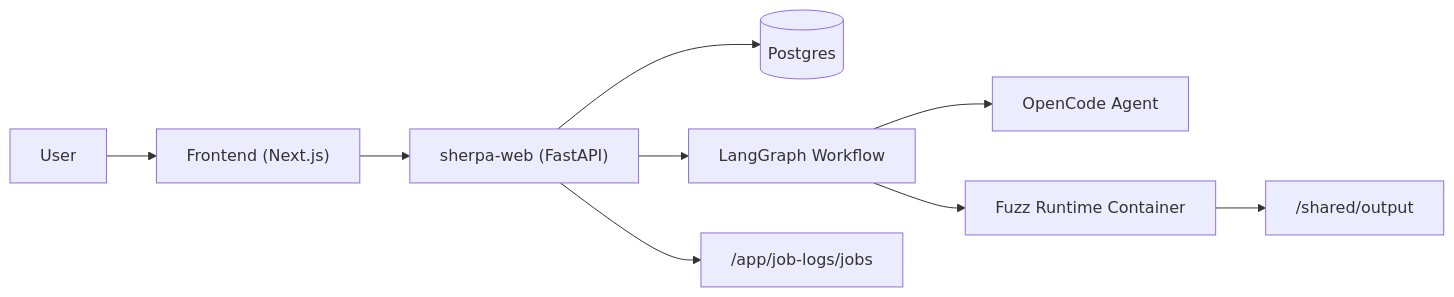
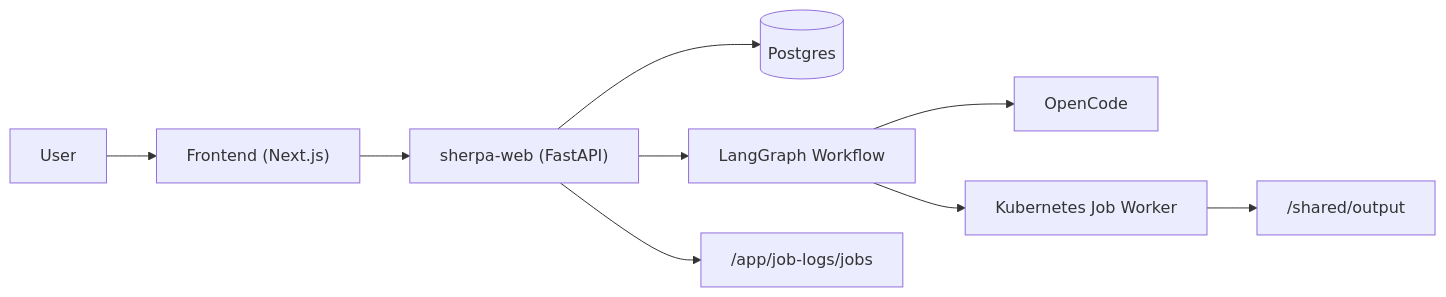
The first of 5 diagrams in README.md (ZUENS2020/Sherpa), drawn with Mermaid before and after one commit. The commit also changed other lines of this file and 8 other files, not shown here.

````diff
--- a/README.md
+++ b/README.md
@@ -42,11 +37,11 @@
 ```mermaid
 flowchart LR
   U["User"] --> FE["Frontend (Next.js)"]
   FE --> API["sherpa-web (FastAPI)"]
   API --> DB[(Postgres)]
   API --> WF["LangGraph Workflow"]
-  WF --> OC["OpenCode Agent"]
-  WF --> RT["Fuzz Runtime Container"]
-  RT --> OUT["/shared/output"]
+  WF --> OC["OpenCode"]
+  WF --> KJOB["Kubernetes Job Worker"]
+  KJOB --> OUT["/shared/output"]
   API --> LOG["/app/job-logs/jobs"]
 ```
````
